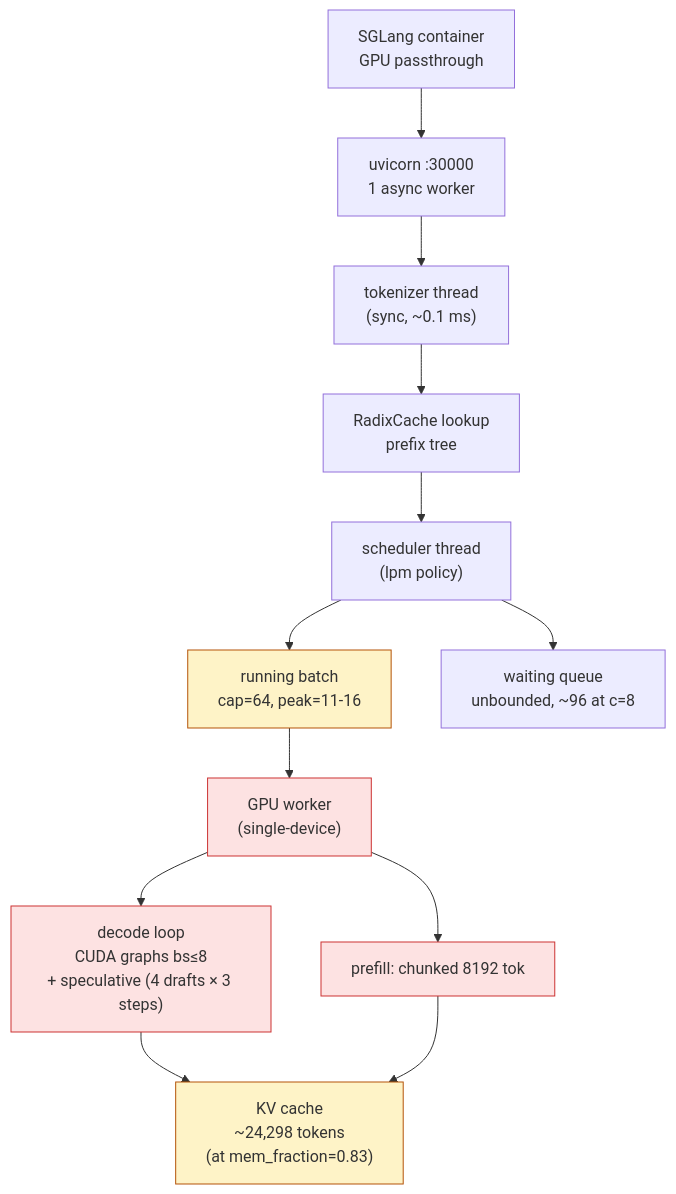
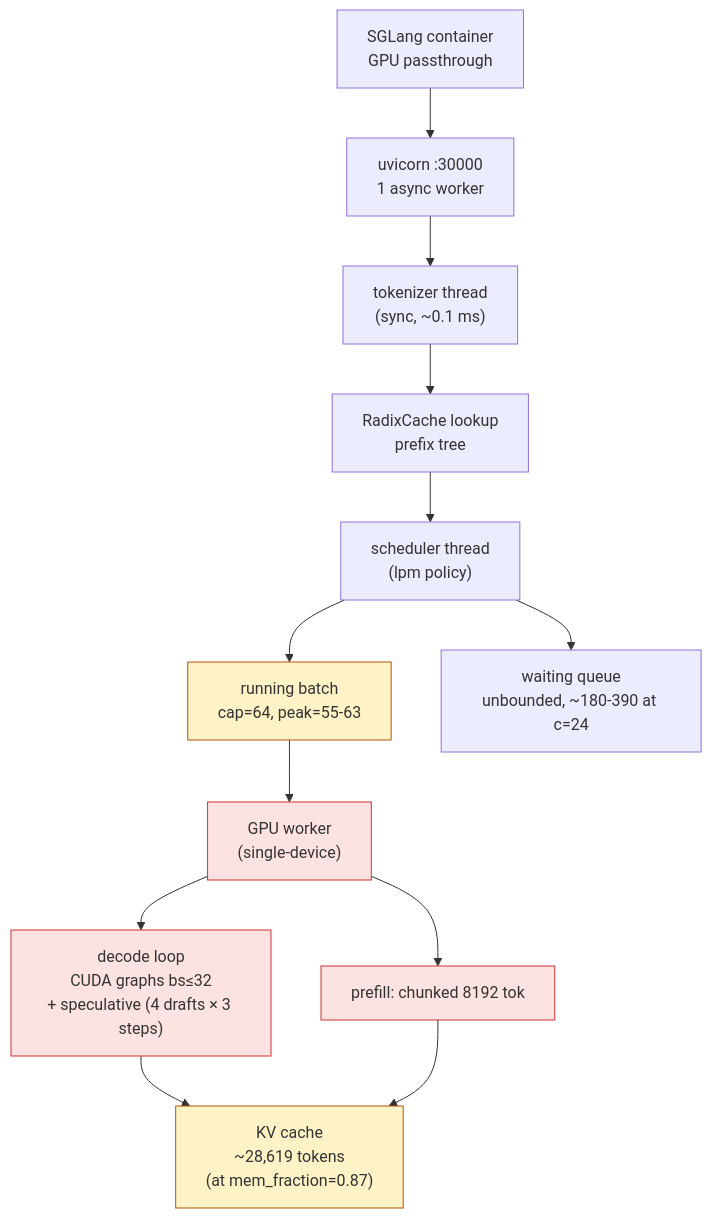
One commit to xDido/glm-ocr changed diagram 11 of 13 in docs/ARCHITECTURE-v2.md. Above: the diagram before and after it, drawn with Mermaid. The commit also changed other lines of this file and 37 other files, not shown here.

````diff
--- a/docs/ARCHITECTURE-v2.md
+++ b/docs/ARCHITECTURE-v2.md
@@ -716,20 +847,20 @@
 ```mermaid
 flowchart TD
     sgc["SGLang container<br/>GPU passthrough"]
     sgc --> uvi["uvicorn :30000<br/>1 async worker"]
     uvi --> tok["tokenizer thread<br/>(sync, ~0.1 ms)"]
     tok --> rc["RadixCache lookup<br/>prefix tree"]
     rc --> sch["scheduler thread<br/>(lpm policy)"]
-    sch --> rb["running batch<br/>cap=64, peak=11-16"]
-    sch --> wq["waiting queue<br/>unbounded, ~96 at c=8"]
+    sch --> rb["running batch<br/>cap=64, peak=55-63"]
+    sch --> wq["waiting queue<br/>unbounded, ~180-390 at c=24"]
     rb --> gpu["GPU worker<br/>(single-device)"]
     gpu --> pf["prefill: chunked 8192 tok"]
-    gpu --> dec["decode loop<br/>CUDA graphs bs≤8<br/>+ speculative (4 drafts × 3 steps)"]
-    dec --> kv["KV cache<br/>~24,298 tokens<br/>(at mem_fraction=0.83)"]
+    gpu --> dec["decode loop<br/>CUDA graphs bs≤32<br/>+ speculative (4 drafts × 3 steps)"]
+    dec --> kv["KV cache<br/>~28,619 tokens<br/>(at mem_fraction=0.87)"]
     pf --> kv
 
     classDef cap fill:#fef3c7,stroke:#b45309
     classDef gpu_node fill:#fde2e2,stroke:#c33
     class rb,kv cap
     class gpu,pf,dec gpu_node
 ```
````
